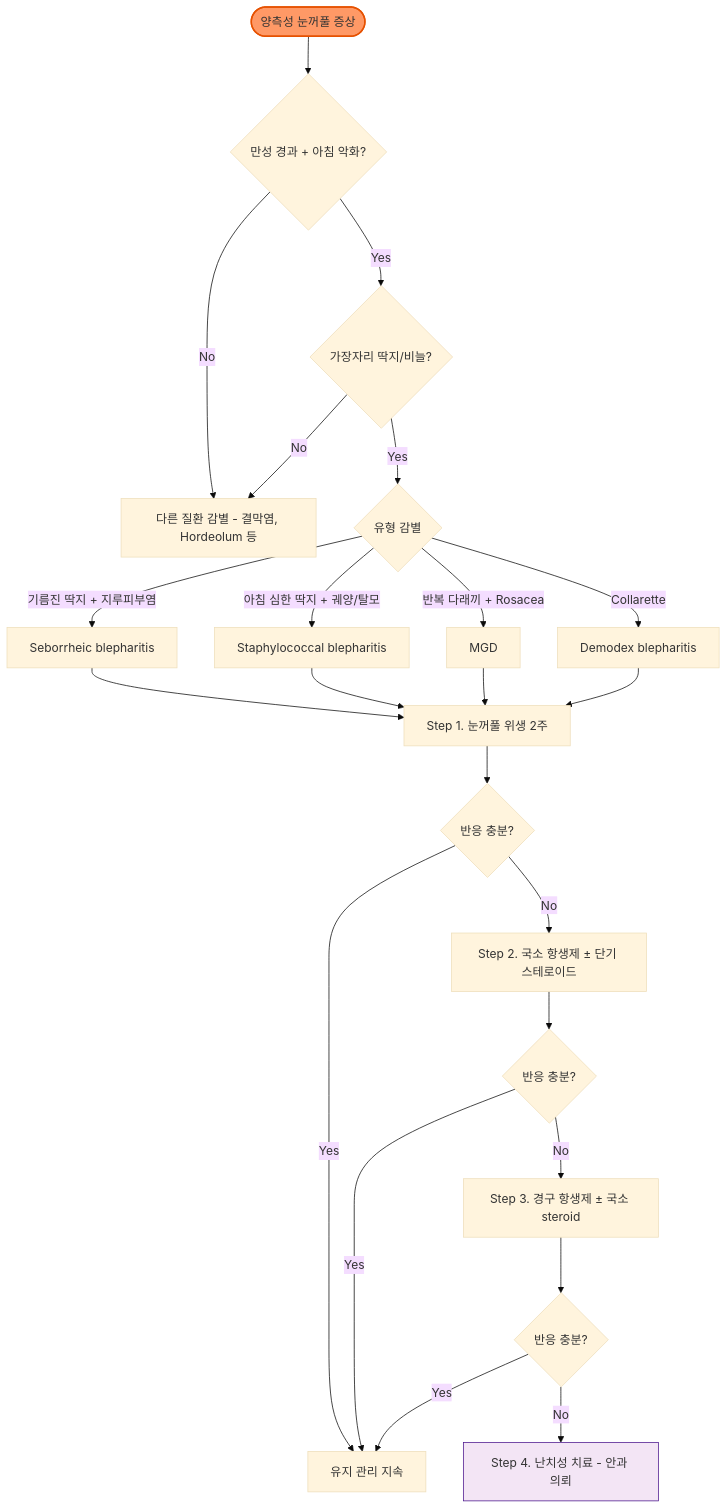
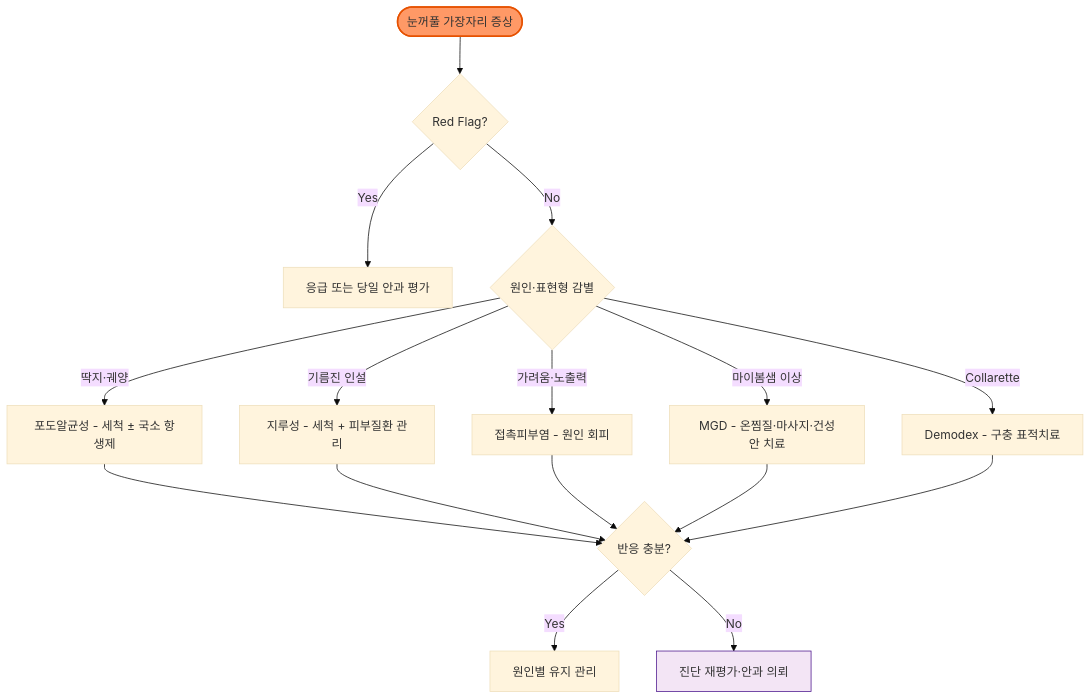
Before and after one commit to familyoh77/familyoh77: the diagram in 222_/039_-blepharitis.md, drawn with Mermaid (base theme). The commit also changed other lines of this file and 1 other file, not shown here.

````diff
--- a/222_/039_-blepharitis.md
+++ b/222_/039_-blepharitis.md
@@ -106,27 +111,20 @@
 ```mermaid
 graph TD
-    Start([양측성 눈꺼풀 증상]) --> Chronic{만성 경과 + 아침 악화?}
-    Chronic -- No --> OtherDx[다른 질환 감별 - 결막염, Hordeolum 등]
-    Chronic -- Yes --> Crust{가장자리 딱지/비늘?}
-    Crust -- No --> OtherDx
-    Crust -- Yes --> Type{유형 감별}
-    Type -- 기름진 딱지 + 지루피부염 --> Seb[Seborrheic blepharitis]
-    Type -- 아침 심한 딱지 + 궤양/탈모 --> Staph[Staphylococcal blepharitis]
-    Type -- 반복 다래끼 + Rosacea --> MGD[MGD]
-    Type -- Collarette --> Demo[Demodex blepharitis]
-    Seb --> Step1[Step 1. 눈꺼풀 위생 2주]
-    Staph --> Step1
-    MGD --> Step1
-    Demo --> Step1
-    Step1 --> Resp1{반응 충분?}
-    Resp1 -- Yes --> Maint[유지 관리 지속]
-    Resp1 -- No --> Step2[Step 2. 국소 항생제 ± 단기 스테로이드]
-    Step2 --> Resp2{반응 충분?}
-    Resp2 -- Yes --> Maint
-    Resp2 -- No --> Step3[Step 3. 경구 항생제 ± 국소 steroid]
-    Step3 --> Resp3{반응 충분?}
-    Resp3 -- Yes --> Maint
-    Resp3 -- No --> Step4[Step 4. 난치성 치료 - 안과 의뢰]
+    Start([눈꺼풀 가장자리 증상]) --> Red{Red Flag?}
+    Red -- Yes --> Refer[응급 또는 당일 안과 평가]
+    Red -- No --> Type{원인·표현형 감별}
+    Type -- 딱지·궤양 --> Staph[포도알균성 - 세척 ± 국소 항생제]
+    Type -- 기름진 인설 --> Seb[지루성 - 세척 + 피부질환 관리]
+    Type -- 가려움·노출력 --> Contact[접촉피부염 - 원인 회피]
+    Type -- 마이봄샘 이상 --> MGD[MGD - 온찜질·마사지·건성안 치료]
+    Type -- Collarette --> Demo[Demodex - 구충 표적치료]
+    Staph --> Follow{반응 충분?}
+    Seb --> Follow
+    Contact --> Follow
+    MGD --> Follow
+    Demo --> Follow
+    Follow -- Yes --> Maint[원인별 유지 관리]
+    Follow -- No --> Step4[진단 재평가·안과 의뢰]
     style Start fill:#f96,stroke:#e65100,stroke-width:2px
     style Step4 fill:#f3e5f5,stroke:#4a148c
 ```
````
